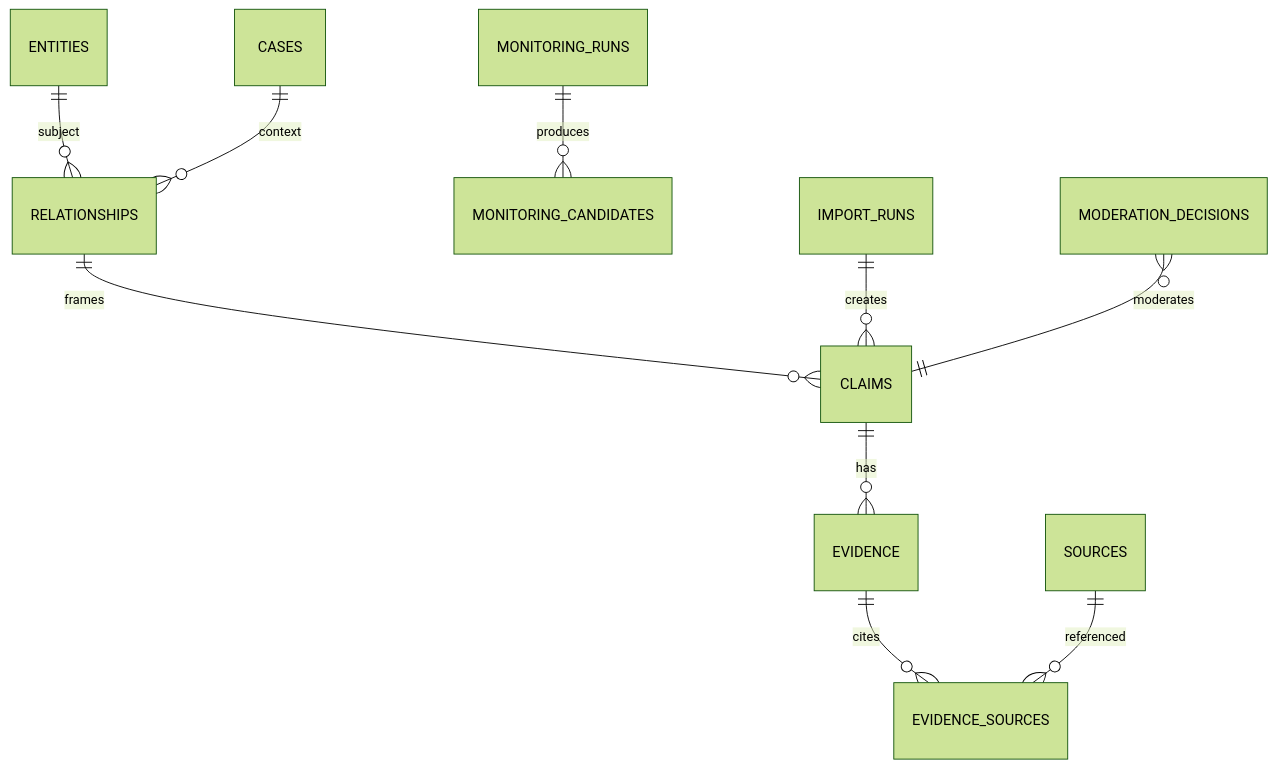
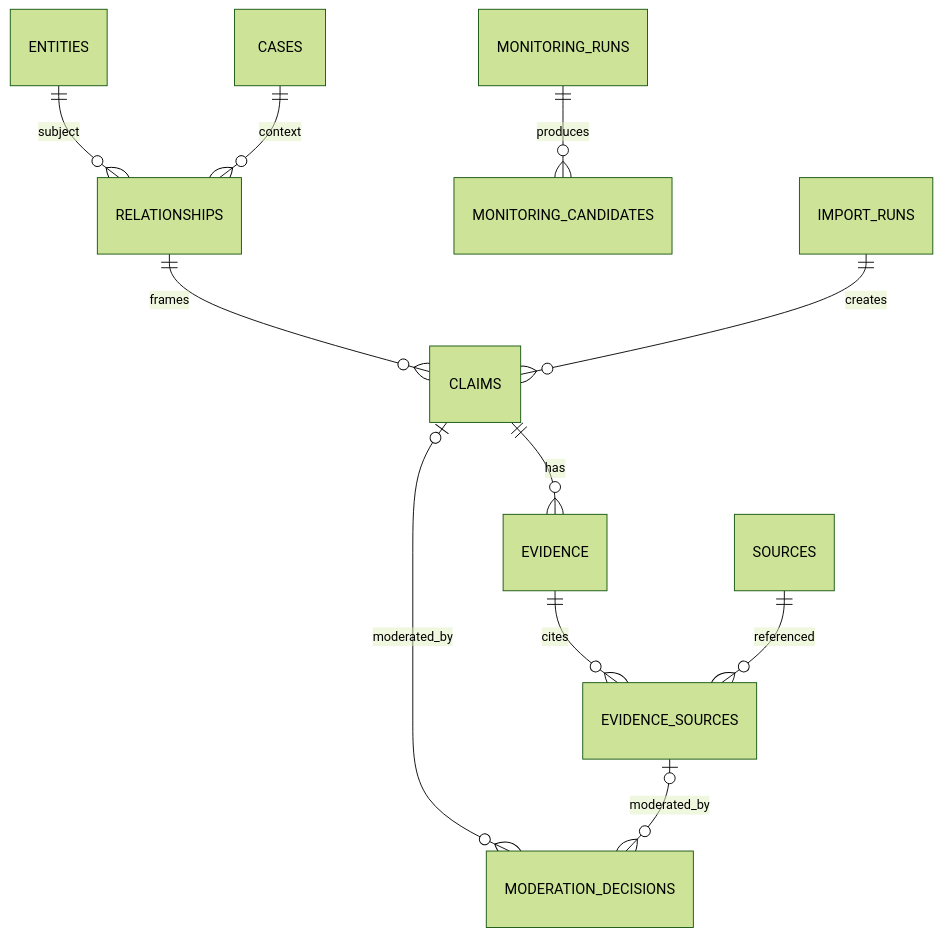
One commit to raphaieu/vorcarozap changed the diagram in docs/05-modelo-de-dados.md. Above: the diagram before and after it, drawn with Mermaid (forest theme). The commit also changed other lines of this file and 17 other files, not shown here.

````diff
--- a/docs/05-modelo-de-dados.md
+++ b/docs/05-modelo-de-dados.md
@@ -23,12 +23,13 @@
 ```mermaid
 erDiagram
   ENTITIES ||--o{ RELATIONSHIPS : subject
   CASES ||--o{ RELATIONSHIPS : context
   RELATIONSHIPS ||--o{ CLAIMS : frames
   CLAIMS ||--o{ EVIDENCE : has
   EVIDENCE ||--o{ EVIDENCE_SOURCES : cites
   SOURCES ||--o{ EVIDENCE_SOURCES : referenced
   MONITORING_RUNS ||--o{ MONITORING_CANDIDATES : produces
   IMPORT_RUNS ||--o{ CLAIMS : creates
-  MODERATION_DECISIONS }o--|| CLAIMS : moderates
+  CLAIMS o|--o{ MODERATION_DECISIONS : moderated_by
+  EVIDENCE_SOURCES o|--o{ MODERATION_DECISIONS : moderated_by
 ```
````
